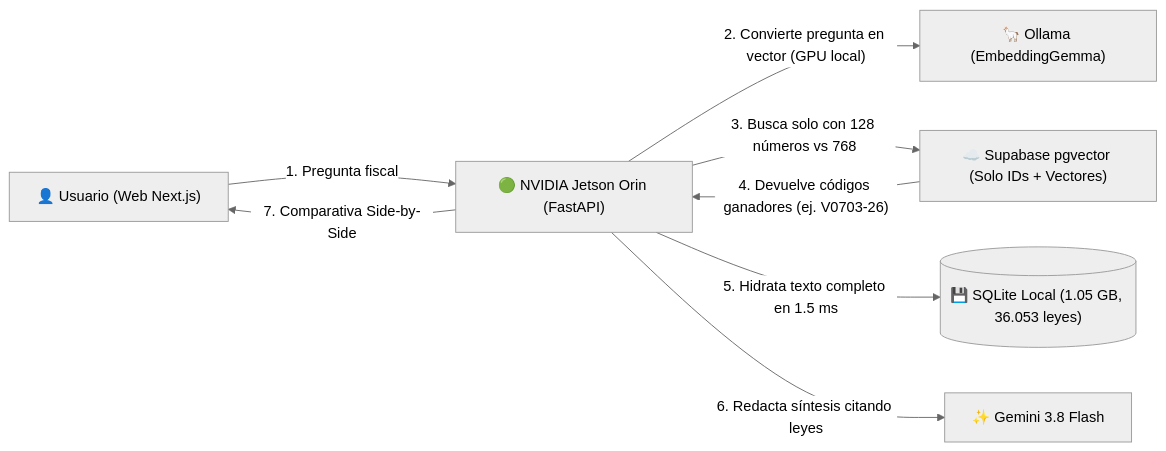
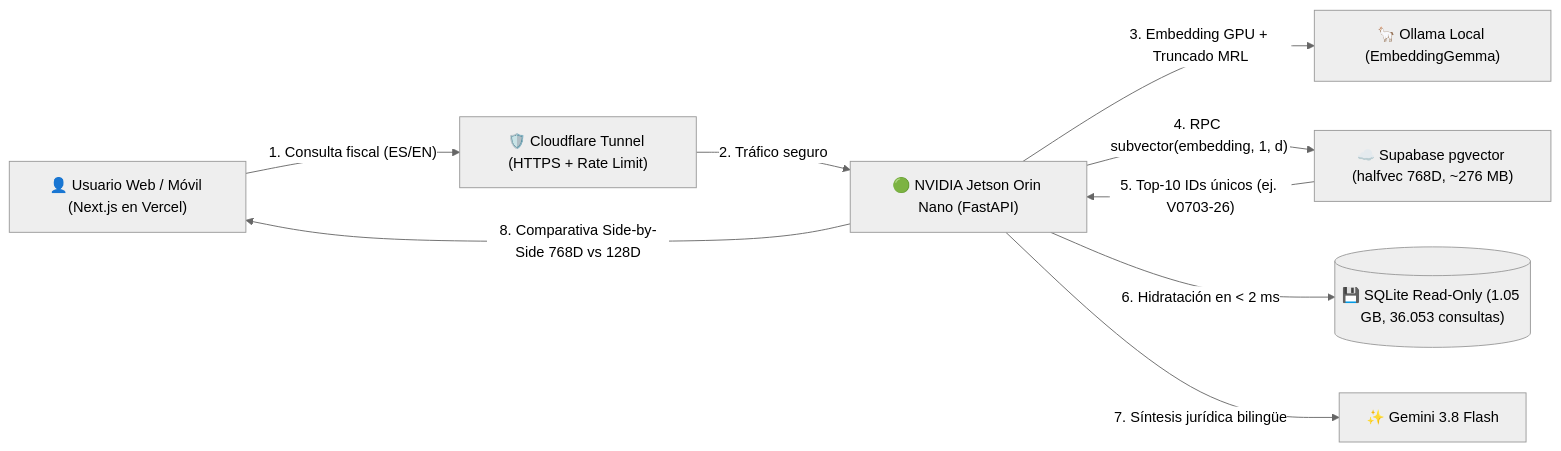
Before and after one commit to manumezog/hacienda-ESP-rag: the diagram in README.md, drawn with Mermaid (neutral theme). The commit also changed other lines of this file and 1 other file, not shown here.

````diff
--- a/README.md
+++ b/README.md
@@ -48,10 +54,11 @@
 ```mermaid
 flowchart LR
-    U["👤 Usuario (Web Next.js)"] -->|"1. Pregunta fiscal"| J["🟢 NVIDIA Jetson Orin (FastAPI)"]
-    J -->|"2. Convierte pregunta en vector (GPU local)"| O["🦙 Ollama (EmbeddingGemma)"]
-    J -->|"3. Busca solo con 128 números vs 768"| S["☁️ Supabase pgvector (Solo IDs + Vectores)"]
-    S -->|"4. Devuelve códigos ganadores (ej. V0703-26)"| J
-    J -->|"5. Hidrata texto completo en 1.5 ms"| DB[("💾 SQLite Local (1.05 GB, 36.053 leyes)")]
-    J -->|"6. Redacta síntesis citando leyes"| LLM["✨ Gemini 3.8 Flash"]
-    J -->|"7. Comparativa Side-by-Side"| U
+    U["👤 Usuario Web / Móvil (Next.js en Vercel)"] -->|"1. Consulta fiscal (ES/EN)"| CF["🛡️ Cloudflare Tunnel (HTTPS + Rate Limit)"]
+    CF -->|"2. Tráfico seguro"| J["🟢 NVIDIA Jetson Orin Nano (FastAPI)"]
+    J -->|"3. Embedding GPU + Truncado MRL"| O["🦙 Ollama Local (EmbeddingGemma)"]
+    J -->|"4. RPC subvector(embedding, 1, d)"| S["☁️ Supabase pgvector (halfvec 768D, ~276 MB)"]
+    S -->|"5. Top-10 IDs únicos (ej. V0703-26)"| J
+    J -->|"6. Hidratación en < 2 ms"| DB[("💾 SQLite Read-Only (1.05 GB, 36.053 consultas)")]
+    J -->|"7. Síntesis jurídica bilingüe"| LLM["✨ Gemini 3.8 Flash"]
+    J -->|"8. Comparativa Side-by-Side 768D vs 128D"| U
 ```
````
